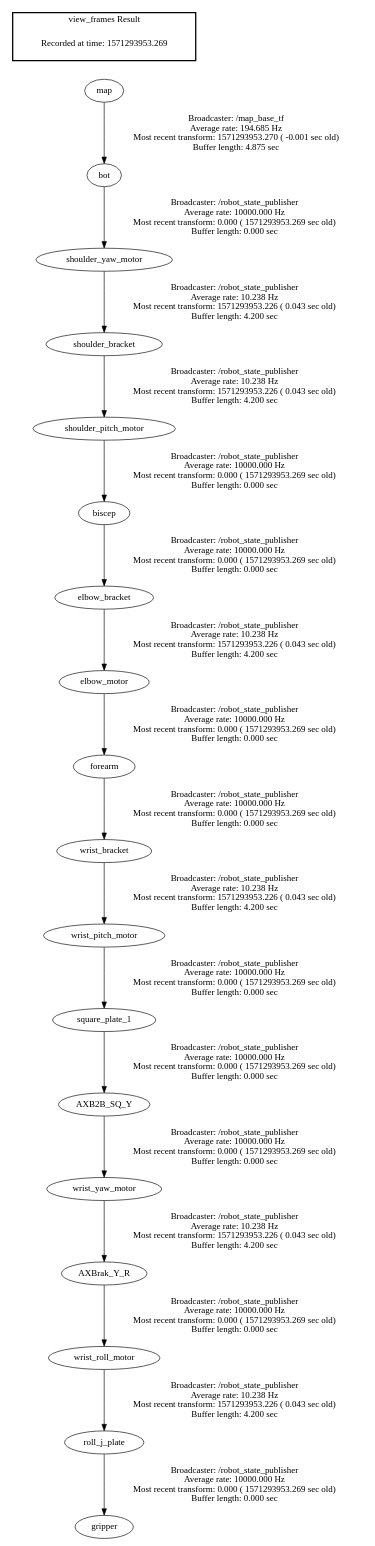
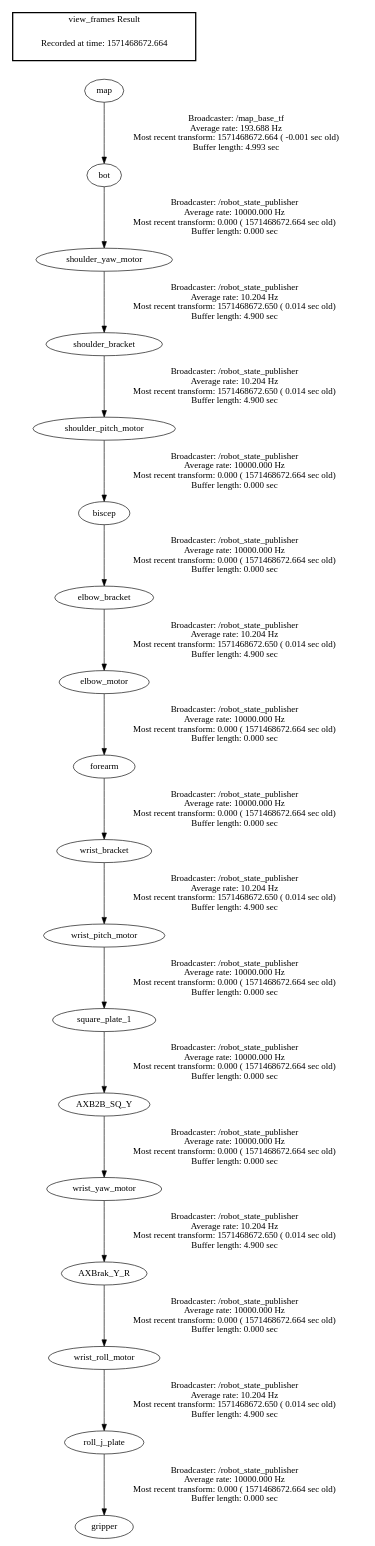
One commit to SRA-AVITRA/manipulator_ws changed the diagram in frames.gv. Above: the diagram before and after it, drawn with Graphviz. The commit also changed 2 other files, not shown here.

```diff
--- a/frames.gv
+++ b/frames.gv
@@ -1,23 +1,23 @@
 digraph G {
-"AXB2B_SQ_Y" -> "wrist_yaw_motor"[label="Broadcaster: /robot_state_publisher\nAverage rate: 10000.000 Hz\nMost recent transform: 0.000 ( 1571293953.269 sec old)\nBuffer length: 0.000 sec\n"];
-"square_plate_1" -> "AXB2B_SQ_Y"[label="Broadcaster: /robot_state_publisher\nAverage rate: 10000.000 Hz\nMost recent transform: 0.000 ( 1571293953.269 sec old)\nBuffer length: 0.000 sec\n"];
-"AXBrak_Y_R" -> "wrist_roll_motor"[label="Broadcaster: /robot_state_publisher\nAverage rate: 10000.000 Hz\nMost recent transform: 0.000 ( 1571293953.269 sec old)\nBuffer length: 0.000 sec\n"];
-"wrist_yaw_motor" -> "AXBrak_Y_R"[label="Broadcaster: /robot_state_publisher\nAverage rate: 10.238 Hz\nMost recent transform: 1571293953.226 ( 0.043 sec old)\nBuffer length: 4.200 sec\n"];
-"wrist_pitch_motor" -> "square_plate_1"[label="Broadcaster: /robot_state_publisher\nAverage rate: 10000.000 Hz\nMost recent transform: 0.000 ( 1571293953.269 sec old)\nBuffer length: 0.000 sec\n"];
-"wrist_bracket" -> "wrist_pitch_motor"[label="Broadcaster: /robot_state_publisher\nAverage rate: 10.238 Hz\nMost recent transform: 1571293953.226 ( 0.043 sec old)\nBuffer length: 4.200 sec\n"];
-"bot" -> "shoulder_yaw_motor"[label="Broadcaster: /robot_state_publisher\nAverage rate: 10000.000 Hz\nMost recent transform: 0.000 ( 1571293953.269 sec old)\nBuffer length: 0.000 sec\n"];
-"map" -> "bot"[label="Broadcaster: /map_base_tf\nAverage rate: 194.685 Hz\nMost recent transform: 1571293953.270 ( -0.001 sec old)\nBuffer length: 4.875 sec\n"];
-"elbow_motor" -> "forearm"[label="Broadcaster: /robot_state_publisher\nAverage rate: 10000.000 Hz\nMost recent transform: 0.000 ( 1571293953.269 sec old)\nBuffer length: 0.000 sec\n"];
-"elbow_bracket" -> "elbow_motor"[label="Broadcaster: /robot_state_publisher\nAverage rate: 10.238 Hz\nMost recent transform: 1571293953.226 ( 0.043 sec old)\nBuffer length: 4.200 sec\n"];
-"biscep" -> "elbow_bracket"[label="Broadcaster: /robot_state_publisher\nAverage rate: 10000.000 Hz\nMost recent transform: 0.000 ( 1571293953.269 sec old)\nBuffer length: 0.000 sec\n"];
-"shoulder_pitch_motor" -> "biscep"[label="Broadcaster: /robot_state_publisher\nAverage rate: 10000.000 Hz\nMost recent transform: 0.000 ( 1571293953.269 sec old)\nBuffer length: 0.000 sec\n"];
-"forearm" -> "wrist_bracket"[label="Broadcaster: /robot_state_publisher\nAverage rate: 10000.000 Hz\nMost recent transform: 0.000 ( 1571293953.269 sec old)\nBuffer length: 0.000 sec\n"];
-"roll_j_plate" -> "gripper"[label="Broadcaster: /robot_state_publisher\nAverage rate: 10000.000 Hz\nMost recent transform: 0.000 ( 1571293953.269 sec old)\nBuffer length: 0.000 sec\n"];
-"wrist_roll_motor" -> "roll_j_plate"[label="Broadcaster: /robot_state_publisher\nAverage rate: 10.238 Hz\nMost recent transform: 1571293953.226 ( 0.043 sec old)\nBuffer length: 4.200 sec\n"];
-"shoulder_bracket" -> "shoulder_pitch_motor"[label="Broadcaster: /robot_state_publisher\nAverage rate: 10.238 Hz\nMost recent transform: 1571293953.226 ( 0.043 sec old)\nBuffer length: 4.200 sec\n"];
-"shoulder_yaw_motor" -> "shoulder_bracket"[label="Broadcaster: /robot_state_publisher\nAverage rate: 10.238 Hz\nMost recent transform: 1571293953.226 ( 0.043 sec old)\nBuffer length: 4.200 sec\n"];
+"AXB2B_SQ_Y" -> "wrist_yaw_motor"[label="Broadcaster: /robot_state_publisher\nAverage rate: 10000.000 Hz\nMost recent transform: 0.000 ( 1571468672.664 sec old)\nBuffer length: 0.000 sec\n"];
+"square_plate_1" -> "AXB2B_SQ_Y"[label="Broadcaster: /robot_state_publisher\nAverage rate: 10000.000 Hz\nMost recent transform: 0.000 ( 1571468672.664 sec old)\nBuffer length: 0.000 sec\n"];
+"AXBrak_Y_R" -> "wrist_roll_motor"[label="Broadcaster: /robot_state_publisher\nAverage rate: 10000.000 Hz\nMost recent transform: 0.000 ( 1571468672.664 sec old)\nBuffer length: 0.000 sec\n"];
+"wrist_yaw_motor" -> "AXBrak_Y_R"[label="Broadcaster: /robot_state_publisher\nAverage rate: 10.204 Hz\nMost recent transform: 1571468672.650 ( 0.014 sec old)\nBuffer length: 4.900 sec\n"];
+"wrist_pitch_motor" -> "square_plate_1"[label="Broadcaster: /robot_state_publisher\nAverage rate: 10000.000 Hz\nMost recent transform: 0.000 ( 1571468672.664 sec old)\nBuffer length: 0.000 sec\n"];
+"wrist_bracket" -> "wrist_pitch_motor"[label="Broadcaster: /robot_state_publisher\nAverage rate: 10.204 Hz\nMost recent transform: 1571468672.650 ( 0.014 sec old)\nBuffer length: 4.900 sec\n"];
+"bot" -> "shoulder_yaw_motor"[label="Broadcaster: /robot_state_publisher\nAverage rate: 10000.000 Hz\nMost recent transform: 0.000 ( 1571468672.664 sec old)\nBuffer length: 0.000 sec\n"];
+"map" -> "bot"[label="Broadcaster: /map_base_tf\nAverage rate: 193.688 Hz\nMost recent transform: 1571468672.664 ( -0.001 sec old)\nBuffer length: 4.993 sec\n"];
+"elbow_motor" -> "forearm"[label="Broadcaster: /robot_state_publisher\nAverage rate: 10000.000 Hz\nMost recent transform: 0.000 ( 1571468672.664 sec old)\nBuffer length: 0.000 sec\n"];
+"elbow_bracket" -> "elbow_motor"[label="Broadcaster: /robot_state_publisher\nAverage rate: 10.204 Hz\nMost recent transform: 1571468672.650 ( 0.014 sec old)\nBuffer length: 4.900 sec\n"];
+"biscep" -> "elbow_bracket"[label="Broadcaster: /robot_state_publisher\nAverage rate: 10000.000 Hz\nMost recent transform: 0.000 ( 1571468672.664 sec old)\nBuffer length: 0.000 sec\n"];
+"shoulder_pitch_motor" -> "biscep"[label="Broadcaster: /robot_state_publisher\nAverage rate: 10000.000 Hz\nMost recent transform: 0.000 ( 1571468672.664 sec old)\nBuffer length: 0.000 sec\n"];
+"forearm" -> "wrist_bracket"[label="Broadcaster: /robot_state_publisher\nAverage rate: 10000.000 Hz\nMost recent transform: 0.000 ( 1571468672.664 sec old)\nBuffer length: 0.000 sec\n"];
+"roll_j_plate" -> "gripper"[label="Broadcaster: /robot_state_publisher\nAverage rate: 10000.000 Hz\nMost recent transform: 0.000 ( 1571468672.664 sec old)\nBuffer length: 0.000 sec\n"];
+"wrist_roll_motor" -> "roll_j_plate"[label="Broadcaster: /robot_state_publisher\nAverage rate: 10.204 Hz\nMost recent transform: 1571468672.650 ( 0.014 sec old)\nBuffer length: 4.900 sec\n"];
+"shoulder_bracket" -> "shoulder_pitch_motor"[label="Broadcaster: /robot_state_publisher\nAverage rate: 10.204 Hz\nMost recent transform: 1571468672.650 ( 0.014 sec old)\nBuffer length: 4.900 sec\n"];
+"shoulder_yaw_motor" -> "shoulder_bracket"[label="Broadcaster: /robot_state_publisher\nAverage rate: 10.204 Hz\nMost recent transform: 1571468672.650 ( 0.014 sec old)\nBuffer length: 4.900 sec\n"];
 edge [style=invis];
  subgraph cluster_legend { style=bold; color=black; label ="view_frames Result";
-"Recorded at time: 1571293953.269"[ shape=plaintext ] ;
+"Recorded at time: 1571468672.664"[ shape=plaintext ] ;
  }->"map";
 }
```
